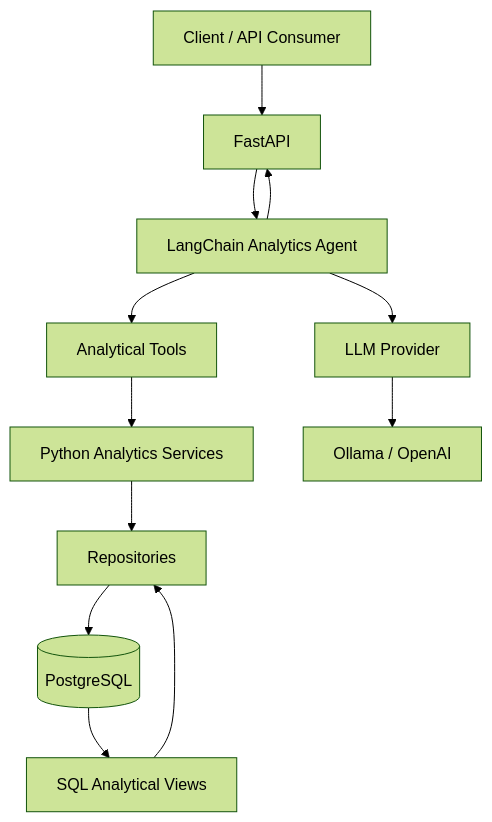
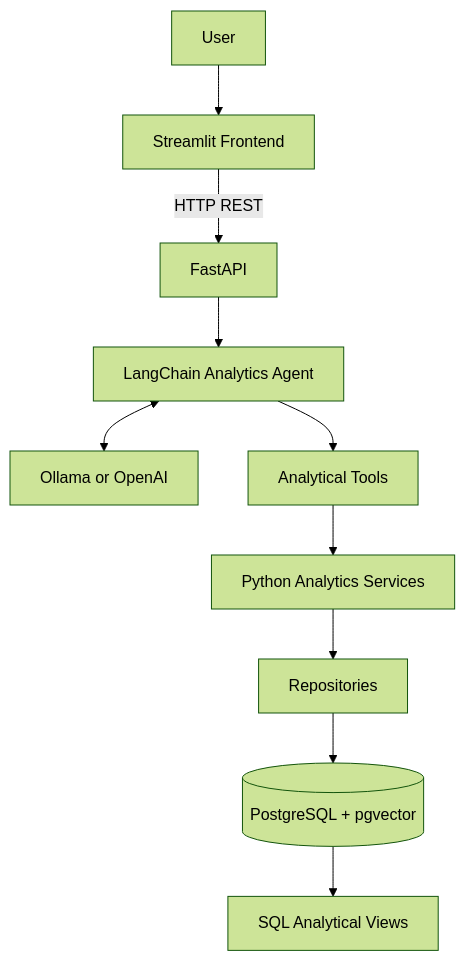
Before and after one commit to TiagoSaucedo/healthcare-intelligence-copilot: the diagram in README.md, drawn with Mermaid (forest theme). The commit also changed other lines of this file and 39 other files, not shown here.

Commit message:
feat: complete healthcare analytics copilot with Streamlit

````diff
--- a/README.md
+++ b/README.md
@@ -11,14 +19,12 @@
 ```mermaid
 flowchart TD
-    A[Client / API Consumer] --> B[FastAPI]
-    B --> C[LangChain Analytics Agent]
-    C --> D[Analytical Tools]
-    D --> E[Python Analytics Services]
-    E --> F[Repositories]
-    F --> G[(PostgreSQL)]
-    G --> H[SQL Analytical Views]
-    H --> F
-    C --> I[LLM Provider]
-    I --> J[Ollama / OpenAI]
-    C --> B
+    U[User] --> S[Streamlit Frontend]
+    S -->|HTTP REST| API[FastAPI]
+    API --> AG[LangChain Analytics Agent]
+    AG <--> LLM[Ollama or OpenAI]
+    AG --> T[Analytical Tools]
+    T --> SV[Python Analytics Services]
+    SV --> R[Repositories]
+    R --> DB[(PostgreSQL + pgvector)]
+    DB --> V[SQL Analytical Views]
 ```
````
